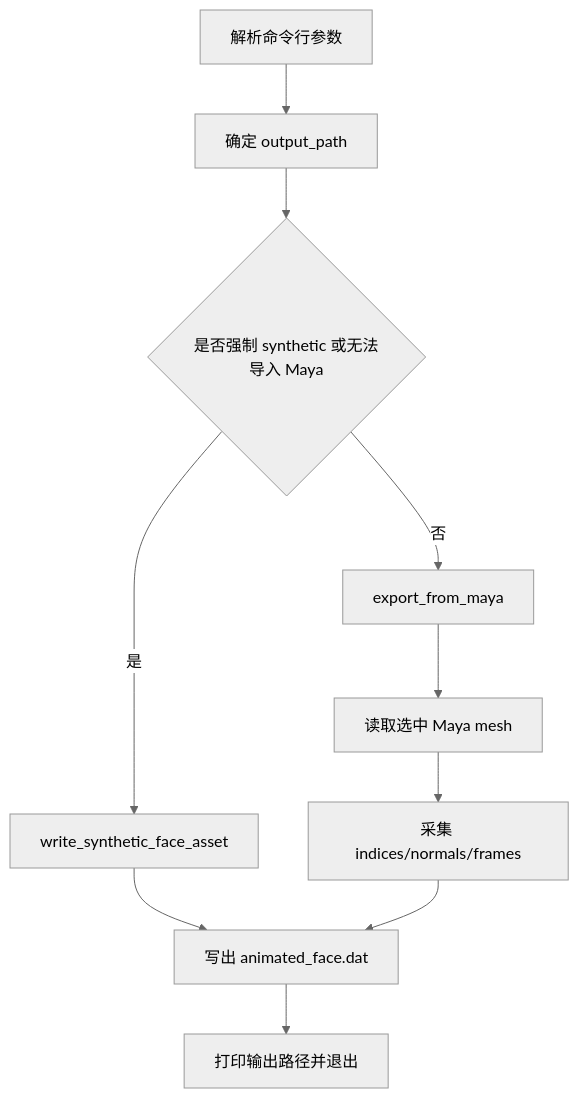
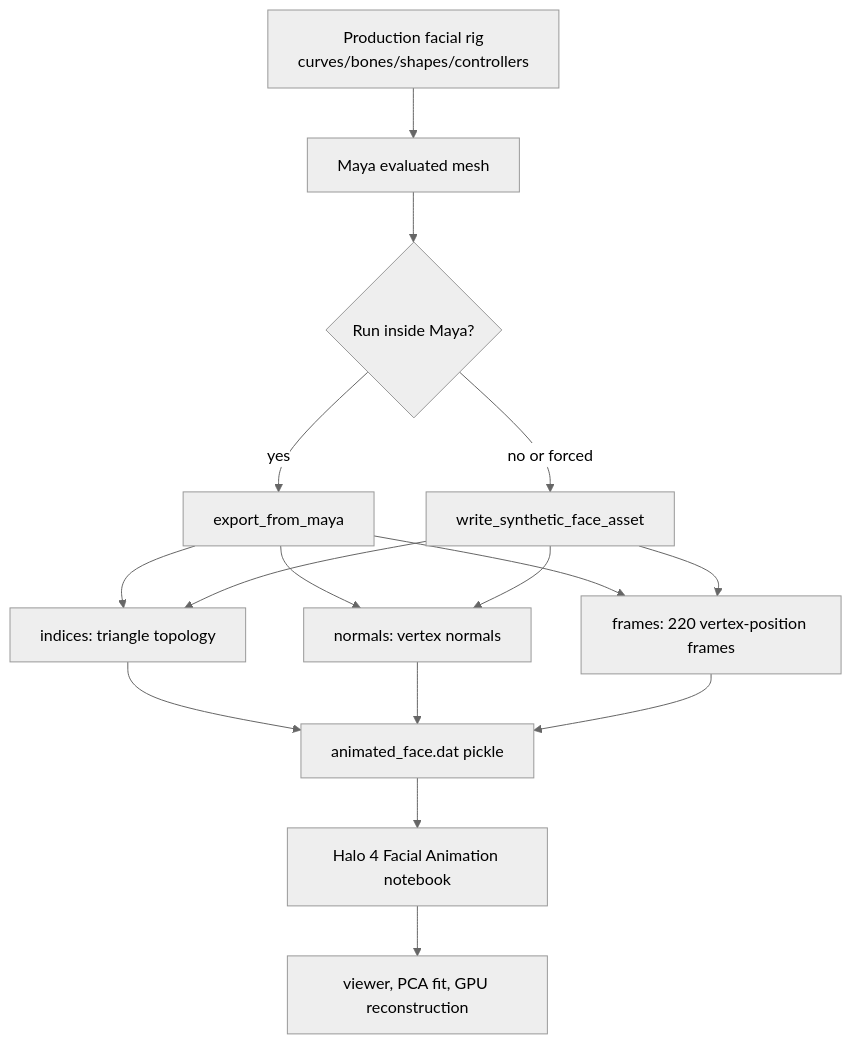
One commit to EvihGraphics/AnimationTech-HTC changed the first of 13 diagrams in docs/blog/AnimationPapers/halo_4_exporter_from_maya/README.md. Above: the diagram before and after it, drawn with Mermaid (neutral theme). The commit also changed other lines of this file and 6 other files, not shown here.

````diff
--- a/docs/blog/AnimationPapers/halo_4_exporter_from_maya/README.md
+++ b/docs/blog/AnimationPapers/halo_4_exporter_from_maya/README.md
@@ -21,12 +31,18 @@
 ```mermaid
 flowchart TD
-    A[解析命令行参数] --> B[确定 output_path]
-    B --> C{是否强制 synthetic 或无法导入 Maya}
-    C -->|是| D[write_synthetic_face_asset]
-    C -->|否| E[export_from_maya]
-    E --> F[读取选中 Maya mesh]
-    F --> G[采集 indices/normals/frames]
-    D --> H[写出 animated_face.dat]
-    G --> H
-    H --> I[打印输出路径并退出]
+    A[Production facial rig<br/>curves/bones/shapes/controllers] --> B[Maya evaluated mesh]
+    B --> C{Run inside Maya?}
+    C -->|yes| D[export_from_maya]
+    C -->|no or forced| E[write_synthetic_face_asset]
+    D --> F[indices: triangle topology]
+    D --> G[normals: vertex normals]
+    D --> H[frames: 220 vertex-position frames]
+    E --> F
+    E --> G
+    E --> H
+    F --> I[animated_face.dat pickle]
+    G --> I
+    H --> I
+    I --> J[Halo 4 Facial Animation notebook]
+    J --> K[viewer, PCA fit, GPU reconstruction]
 ```
````
